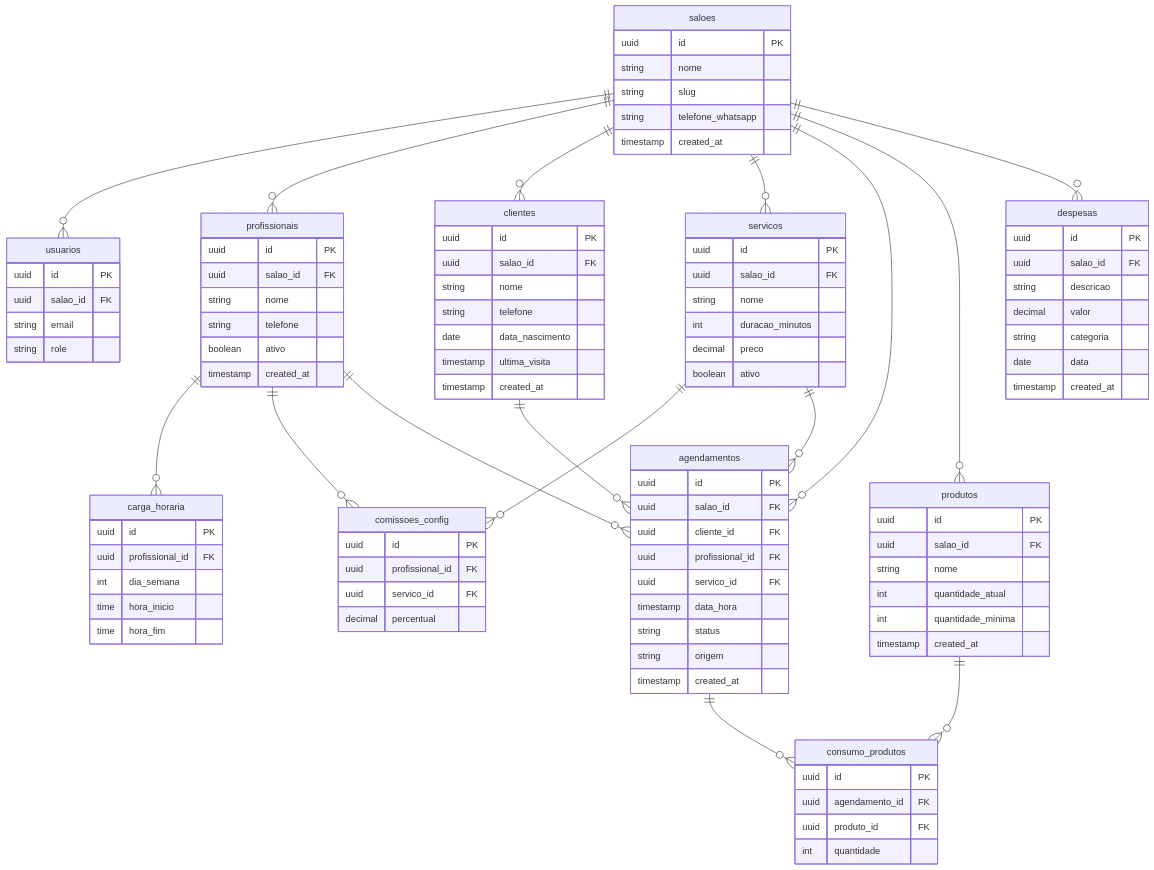
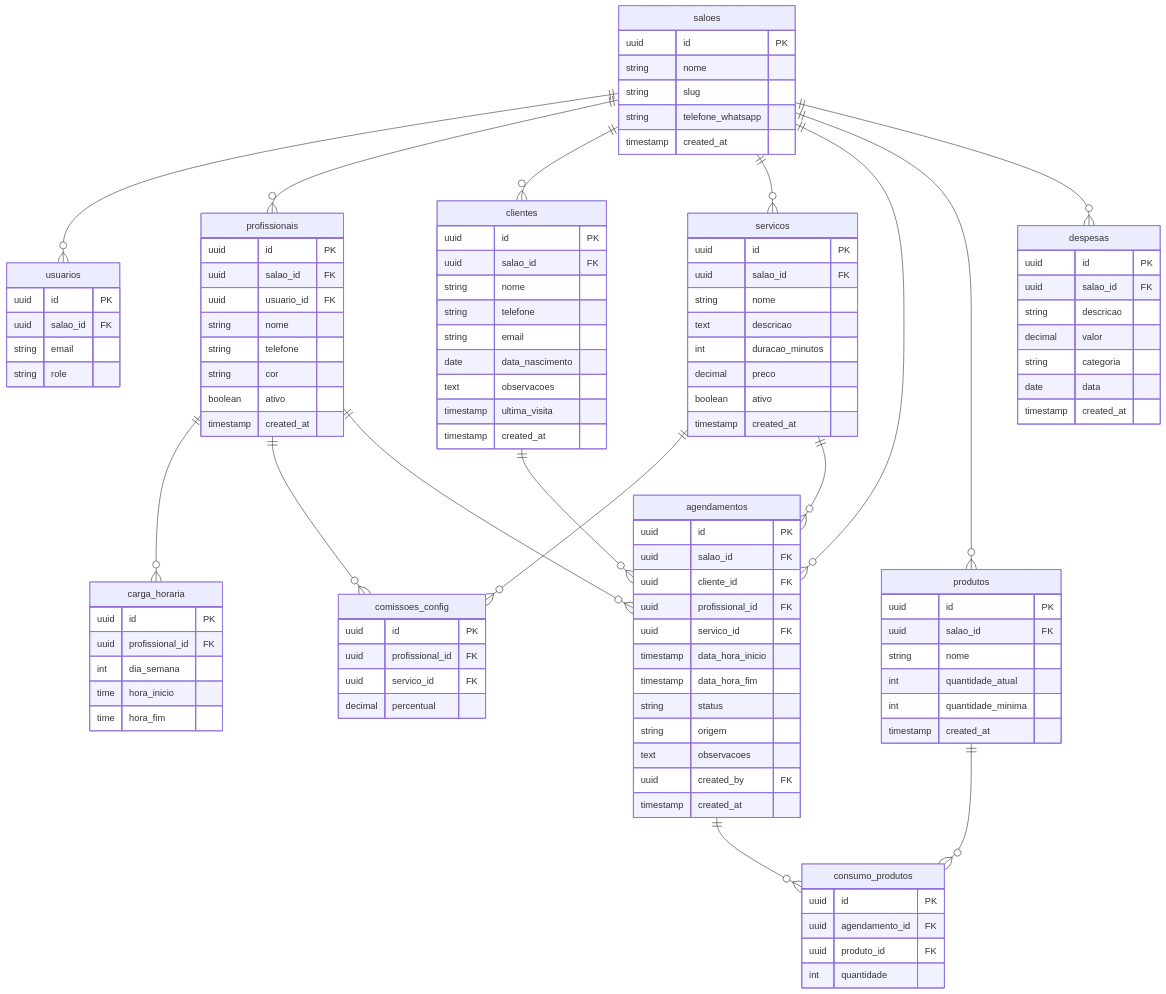
Before and after one commit to DiegoNexa/Nexa: the seventh of 7 diagrams in DIAGRAM.md, drawn with Mermaid. The commit also changed 2 other files, not shown here.

Commit message:
docs: atualiza PRD, DIAGRAM e cria TODO de pré-lançamento
- PRD: 'A Nexa' em vez de 'O Nexa' (pronome feminino), v1.2, Anti-Overbump → Overbump no Checkout
- DIAGRAM: schema atualizado com campos da migration 006 (data_hora_inicio/fim, observacoes, created_by, cor, descricao, etc)
- TODO: checklist de pendências manuais (migrations 006-007 pendentes, Resend SMTP, domínio final, deploy)

```diff
--- a/DIAGRAM.md
+++ b/DIAGRAM.md
@@ -195,8 +195,10 @@
     profissionais {
         uuid id PK
         uuid salao_id FK
+        uuid usuario_id FK
         string nome
         string telefone
+        string cor
         boolean ativo
         timestamp created_at
     }
@@ -214,7 +216,9 @@
         uuid salao_id FK
         string nome
         string telefone
+        string email
         date data_nascimento
+        text observacoes
         timestamp ultima_visita
         timestamp created_at
     }
@@ -223,9 +227,11 @@
         uuid id PK
         uuid salao_id FK
         string nome
+        text descricao
         int duracao_minutos
         decimal preco
         boolean ativo
+        timestamp created_at
     }
 
     comissoes_config {
@@ -241,9 +247,12 @@
         uuid cliente_id FK
         uuid profissional_id FK
         uuid servico_id FK
-        timestamp data_hora
+        timestamp data_hora_inicio
+        timestamp data_hora_fim
         string status
         string origem
+        text observacoes
+        uuid created_by FK
         timestamp created_at
     }
 
```
